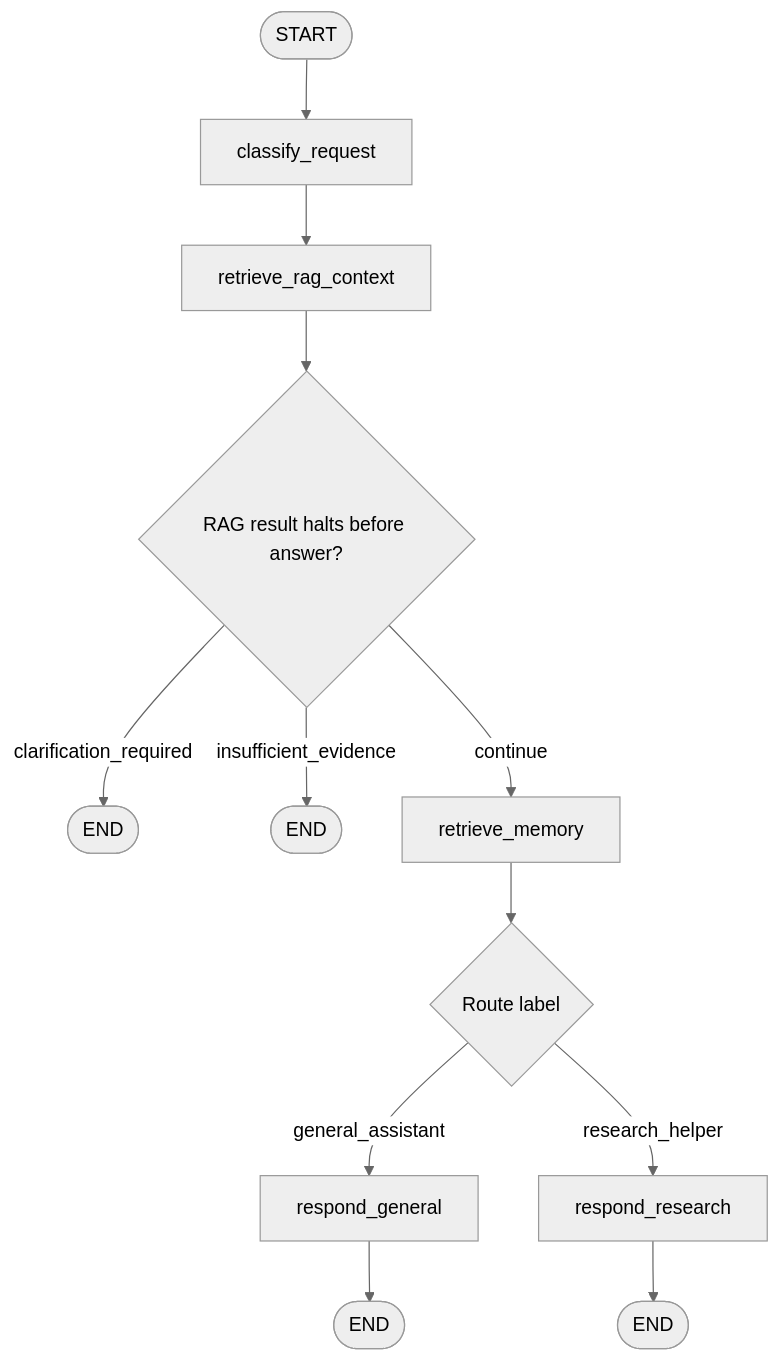
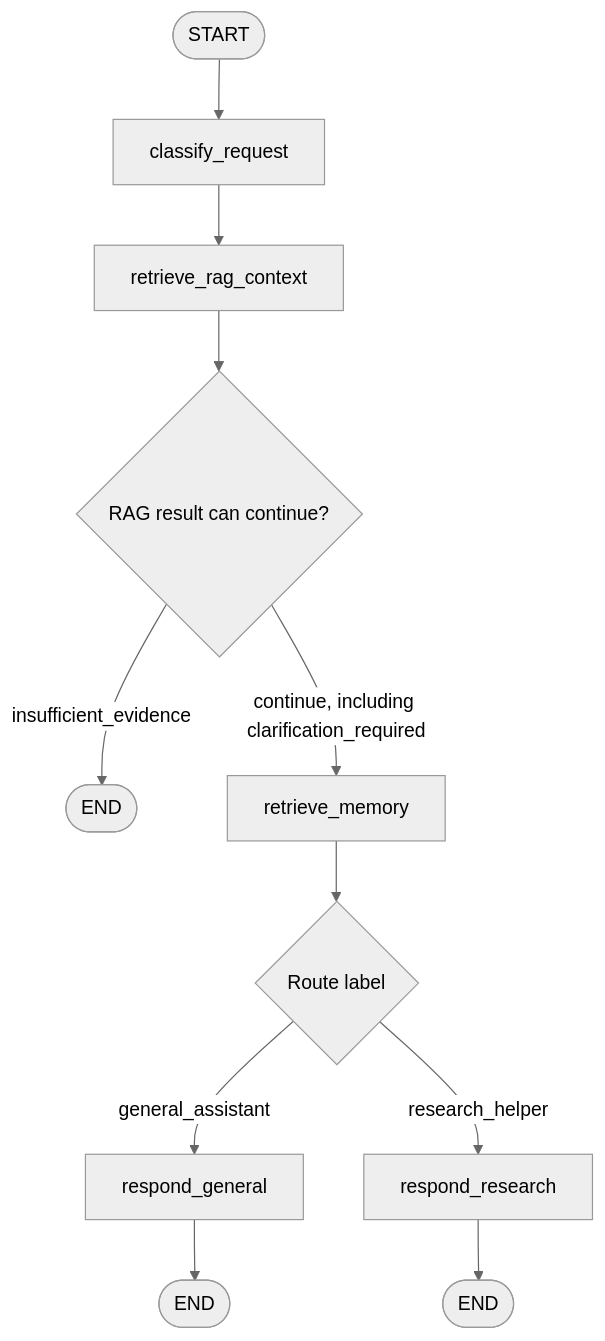
One commit to heecheon92/my-agents changed the fifth of 10 diagrams in docs/product-chat-service/en/22-general-assistant-rag-agent-architecture-change-report.md. Above: the diagram before and after it, drawn with Mermaid (neutral theme). The commit also changed other lines of this file and 13 other files, not shown here.

First line of the commit message:
Preserve visible assistant replies for RAG clarification

````diff
--- a/docs/product-chat-service/en/22-general-assistant-rag-agent-architecture-change-report.md
+++ b/docs/product-chat-service/en/22-general-assistant-rag-agent-architecture-change-report.md
@@ -230,14 +237,13 @@
 ```mermaid
 flowchart TD
     Start([START]) --> Classify["classify_request"]
     Classify --> RetrieveRAG["retrieve_rag_context"]
-    RetrieveRAG --> Decision{"RAG result halts before answer?"}
-    Decision -->|"clarification_required"| End1([END])
+    RetrieveRAG --> Decision{"RAG result can continue?"}
     Decision -->|"insufficient_evidence"| End2([END])
-    Decision -->|"continue"| Memory["retrieve_memory"]
+    Decision -->|"continue, including clarification_required"| Memory["retrieve_memory"]
     Memory --> Route{"Route label"}
     Route -->|"general_assistant"| General["respond_general"]
     Route -->|"research_helper"| Research["respond_research"]
     General --> End3([END])
     Research --> End4([END])
 ```
````
